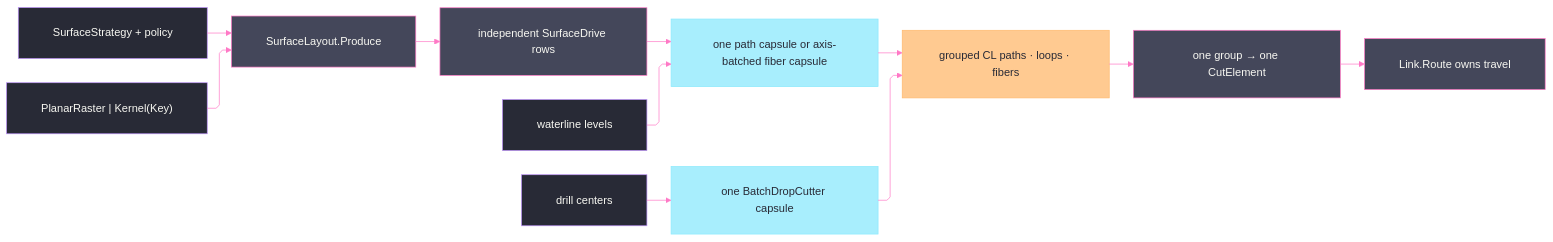
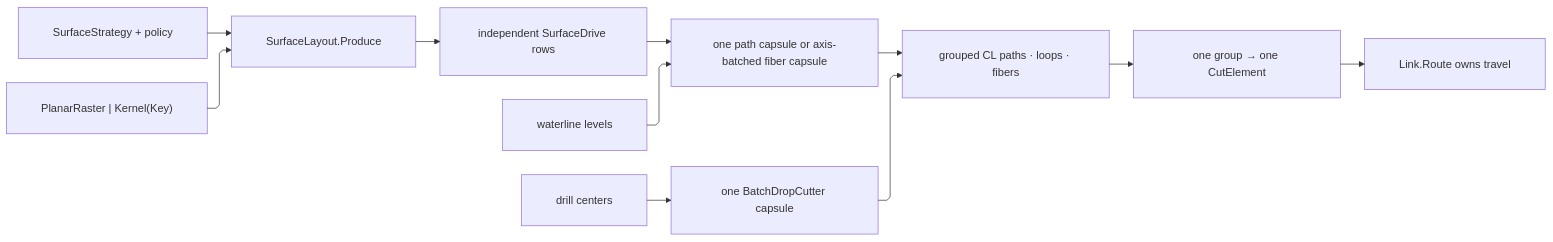
One commit to bsamiee/Rasm changed the diagram in libs/csharp/Rasm.Fabrication/.planning/Toolpath/surface.md. Above: the diagram before and after it, drawn with Mermaid. The commit also changed 324 other files, not shown here.

````diff
--- a/libs/csharp/Rasm.Fabrication/.planning/Toolpath/surface.md
+++ b/libs/csharp/Rasm.Fabrication/.planning/Toolpath/surface.md
@@ -1358,46 +1358,22 @@
 ```mermaid
 ---
 config:
-  theme: base
-  look: classic
   layout: elk
   flowchart:
     curve: linear
     padding: 25
-  themeVariables:
-    darkMode: true
-    fontFamily: "SF Mono, Menlo, Cascadia Mono, Segoe UI Mono, Consolas, monospace"
-    useGradient: false
-    dropShadow: "none"
-    background: "#282A36"
-    primaryColor: "#44475A"
-    primaryTextColor: "#F8F8F2"
-    primaryBorderColor: "#BD93F9"
-    lineColor: "#FF79C6"
-    textColor: "#F8F8F2"
-    edgeLabelBackground: "#21222C"
-    labelBackgroundColor: "#21222C"
-  themeCSS: ".nodeLabel{font-size:13px;font-weight:500}.edgeLabel{font-size:12px;font-weight:500}.cluster-label .nodeLabel{font-size:13.5px;font-weight:700;letter-spacing:.08em}.edge-thickness-normal{stroke-width:2px}.edge-thickness-thick{stroke-width:3px}.edge-pattern-dashed,.edge-pattern-dotted{stroke-width:1.5px;stroke-dasharray:4 6}.node rect,.node circle,.node polygon,.node path,.node .outer-path{stroke-width:1.5px;filter:none!important}.cluster rect{stroke-width:1px!important;stroke-dasharray:5 4!important;filter:none!important}.marker path{transform:scale(.8);transform-origin:5px 5px}.marker circle{transform:scale(.48);transform-origin:5px 5px}.edgeLabel rect{transform-box:fill-box;transform-origin:center;transform:scale(1.1,1.2)}"
 ---
 flowchart LR
   accTitle: Surface sampling ownership
   accDescr: Strategy-specific layouts preserve independent drives, levels, and centers through native operation capsules until each output group becomes one routable cutting element.
   Strategy["SurfaceStrategy + policy"] --> Layout["SurfaceLayout.Produce"]
   LayoutKind["PlanarRaster | Kernel(Key)"] --> Layout
   Layout --> Drives["independent SurfaceDrive rows"]
   Drives --> Capsule["one path capsule or axis-batched fiber capsule"]
   Levels["waterline levels"] --> Capsule
   Centers["drill centers"] --> Batch["one BatchDropCutter capsule"]
   Capsule --> Grouped["grouped CL paths · loops · fibers"]
   Batch --> Grouped
   Grouped --> Elements["one group → one CutElement"]
   Elements --> Link["Link.Route owns travel"]
-  classDef primary fill:#44475A,stroke:#FF79C6,color:#F8F8F2
-  classDef boundary fill:#282A36,stroke:#BD93F9,color:#F8F8F2
-  classDef external fill:#8BE9FDBF,stroke:#8BE9FD,color:#282A36
-  classDef data fill:#FFB86CBF,stroke:#FFB86C,color:#282A36
-  class Strategy,LayoutKind,Levels,Centers boundary
-  class Layout,Drives,Elements,Link primary
-  class Capsule,Batch external
-  class Grouped data
 ```
````
